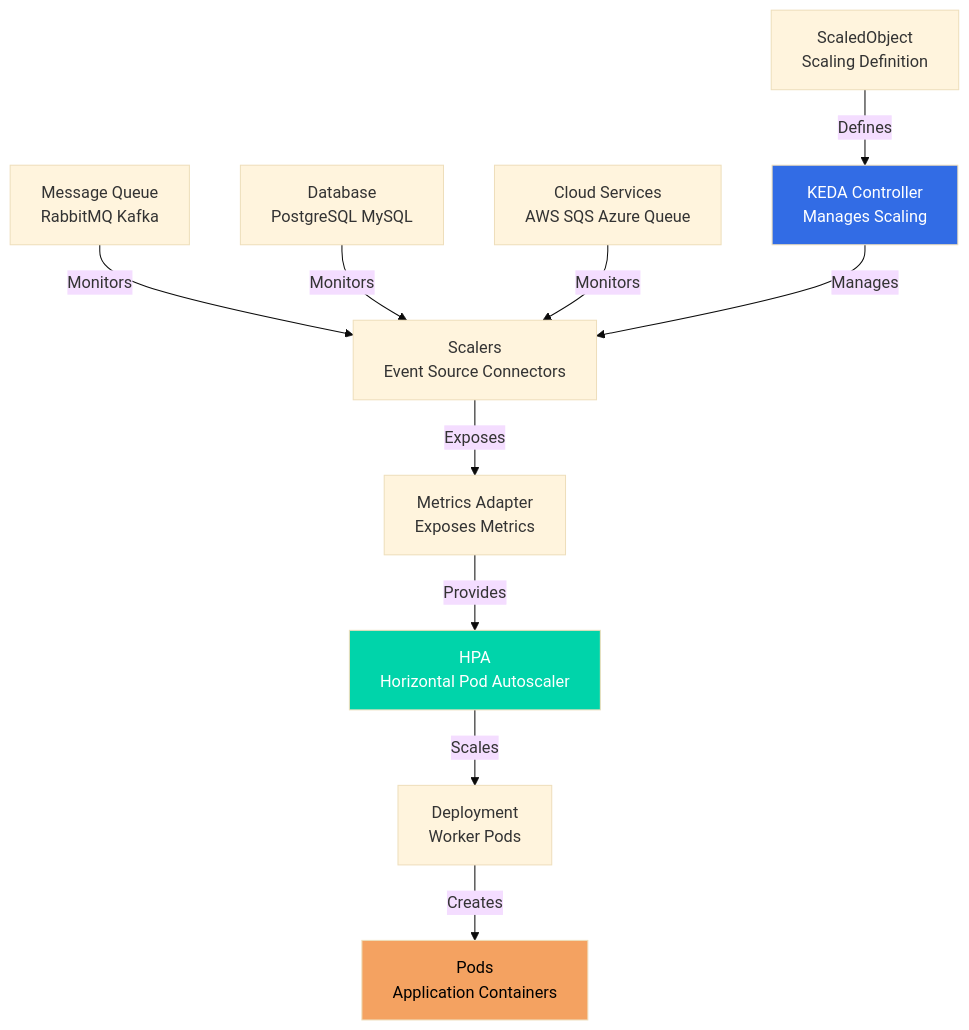
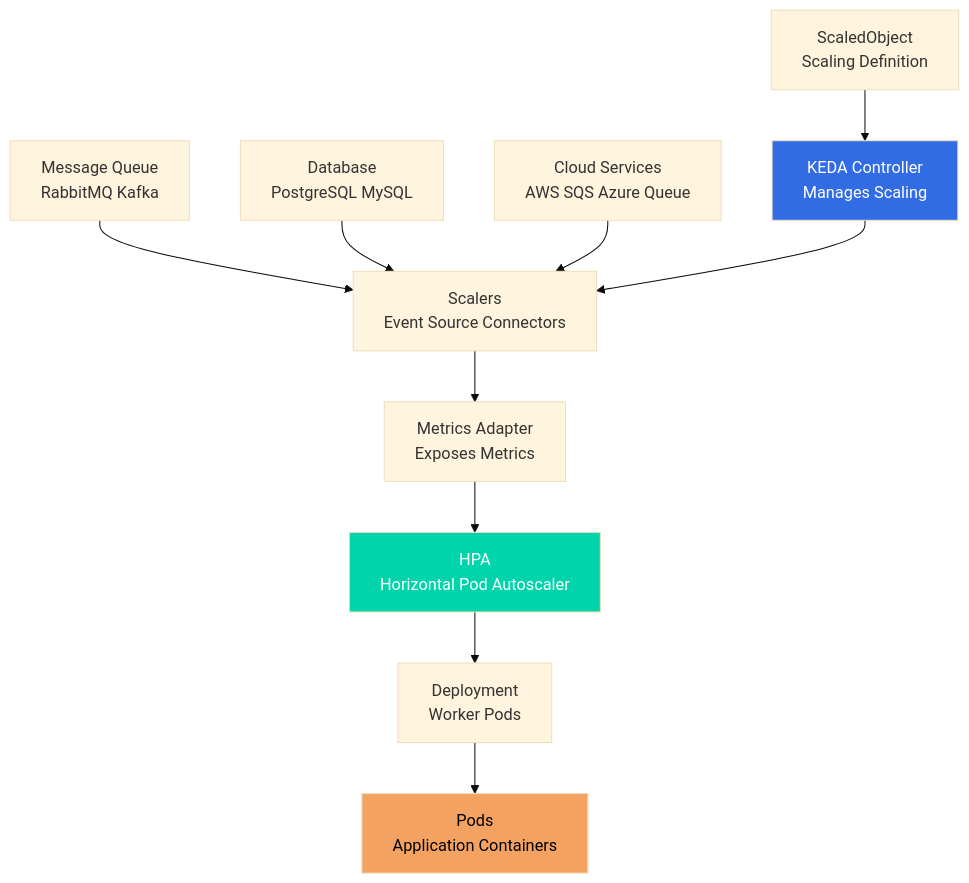
One commit to jayeshjd555/Kubernetes changed diagram 30 of 33 in README.md. Above: the diagram before and after it, drawn with Mermaid (base theme). The commit also changed other lines of this file, not shown here.

````diff
--- a/README.md
+++ b/README.md
@@ -11317,27 +11317,27 @@
 ```mermaid
 graph TB
     QUEUE[Message Queue<br/>RabbitMQ Kafka]
     DB[Database<br/>PostgreSQL MySQL]
     CLOUD[Cloud Services<br/>AWS SQS Azure Queue]
     SCALER[Scalers<br/>Event Source Connectors]
     SO[ScaledObject<br/>Scaling Definition]
     KEDACtrl[KEDA Controller<br/>Manages Scaling]
     MA[Metrics Adapter<br/>Exposes Metrics]
     HPA[HPA<br/>Horizontal Pod Autoscaler]
     DEP[Deployment<br/>Worker Pods]
     PODS[Pods<br/>Application Containers]
     
-    QUEUE -->|Monitors| SCALER
-    DB -->|Monitors| SCALER
-    CLOUD -->|Monitors| SCALER
-    SO -->|Defines| KEDACtrl
-    KEDACtrl -->|Manages| SCALER
-    SCALER -->|Exposes| MA
-    MA -->|Provides| HPA
-    HPA -->|Scales| DEP
-    DEP -->|Creates| PODS
+    QUEUE --> SCALER
+    DB --> SCALER
+    CLOUD --> SCALER
+    SO --> KEDACtrl
+    KEDACtrl --> SCALER
+    SCALER --> MA
+    MA --> HPA
+    HPA --> DEP
+    DEP --> PODS
     
     style KEDACtrl fill:#326ce5,color:#fff
     style HPA fill:#00d4aa,color:#fff
     style PODS fill:#f4a261,color:#000
 ```
````
